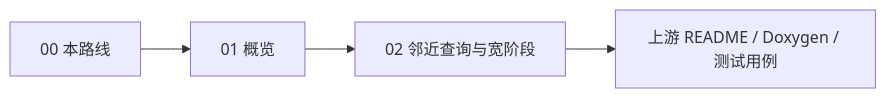
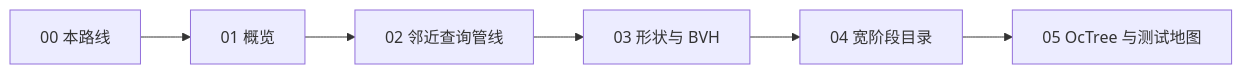
One commit to yushun-feng/anonymous-fys changed the diagram in notes/opensource/fcl/00-roadmap.md. Above: the diagram before and after it, drawn with Mermaid. The commit also changed other lines of this file and 29 other files, not shown here.

````diff
--- a/notes/opensource/fcl/00-roadmap.md
+++ b/notes/opensource/fcl/00-roadmap.md
@@ -30,6 +31,8 @@
 ```mermaid
 flowchart LR
   R[00 本路线] --> O[01 概览]
-  O --> Q[02 邻近查询与宽阶段]
-  Q --> Up[上游 README / Doxygen / 测试用例]
+  O --> Q[02 邻近查询管线]
+  Q --> S[03 形状与 BVH]
+  S --> B[04 宽阶段目录]
+  B --> T[05 OcTree 与测试地图]
 ```
````
